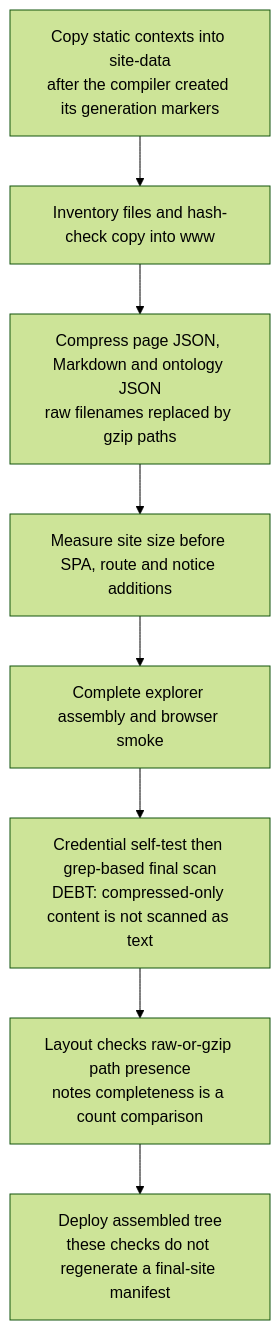
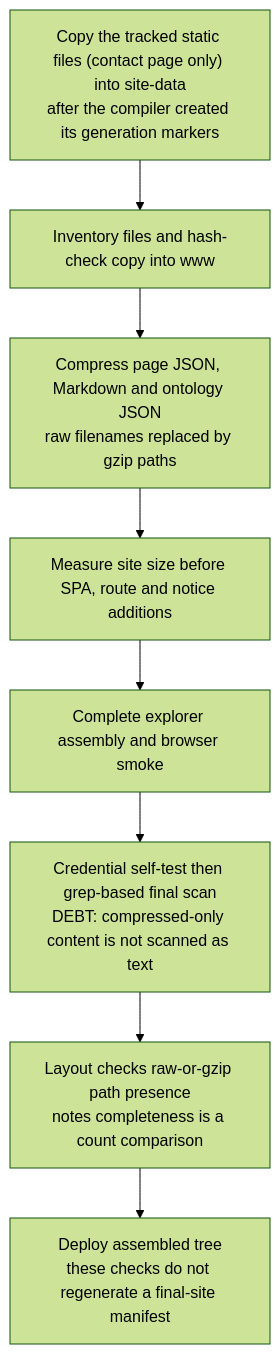
Before and after one commit to DreamLab-AI/VisionFlow: the fourth of 4 diagrams in docs/diagrams/visiongraph/03-publish-pipeline-and-explorer-build.md, drawn with Mermaid (forest theme). The commit also changed other lines of this file and 70 other files, not shown here.

First line of the commit message:
docs(diagrams): re-verify 69 topics at current default-branch heads

````diff
--- a/docs/diagrams/visiongraph/03-publish-pipeline-and-explorer-build.md
+++ b/docs/diagrams/visiongraph/03-publish-pipeline-and-explorer-build.md
@@ -112,24 +116,24 @@
 ```mermaid
 flowchart TB
-    OVERLAY["Copy static contexts into site-data<br/>after the compiler created its generation markers"]
+    OVERLAY["Copy the tracked static files (contact page only) into site-data<br/>after the compiler created its generation markers"]
     RECEIPT["Inventory files and hash-check copy into www"]
     ZIP["Compress page JSON, Markdown and ontology JSON<br/>raw filenames replaced by gzip paths"]
     SIZE["Measure site size before SPA, route and notice additions"]
     ASSEMBLE["Complete explorer assembly and browser smoke"]
     SCAN["Credential self-test then grep-based final scan<br/>DEBT: compressed-only content is not scanned as text"]
     LAYOUT["Layout checks raw-or-gzip path presence<br/>notes completeness is a count comparison"]
     DEPLOY["Deploy assembled tree<br/>these checks do not regenerate a final-site manifest"]
     OVERLAY --> RECEIPT --> ZIP --> SIZE --> ASSEMBLE --> SCAN --> LAYOUT --> DEPLOY
-    %% Source: crates/ontomark-compile/src/build/mod.rs:1133
-    %% Source: .github/workflows/publish.yml:260
-    %% Source: .github/workflows/publish.yml:318
-    %% Source: .github/workflows/publish.yml:344
-    %% Source: .github/workflows/publish.yml:359
-    %% Source: .github/workflows/publish.yml:384
-    %% Source: .github/workflows/publish.yml:430
-    %% Source: .github/workflows/publish.yml:513
+    %% Source: crates/ontomark-compile/src/build/mod.rs:1151
+    %% Source: .github/workflows/publish.yml:261
+    %% Source: .github/workflows/publish.yml:322
+    %% Source: .github/workflows/publish.yml:355
+    %% Source: .github/workflows/publish.yml:370
+    %% Source: .github/workflows/publish.yml:395
+    %% Source: .github/workflows/publish.yml:441
+    %% Source: .github/workflows/publish.yml:522
     %% Source: quartz/scripts/check-secrets.sh:150
     %% Source: quartz/scripts/check-urls.sh:91
     %% Source: quartz/scripts/check-urls.sh:116
-    %% Source: .github/workflows/publish.yml:535
+    %% Source: .github/workflows/publish.yml:544
 ```
````
